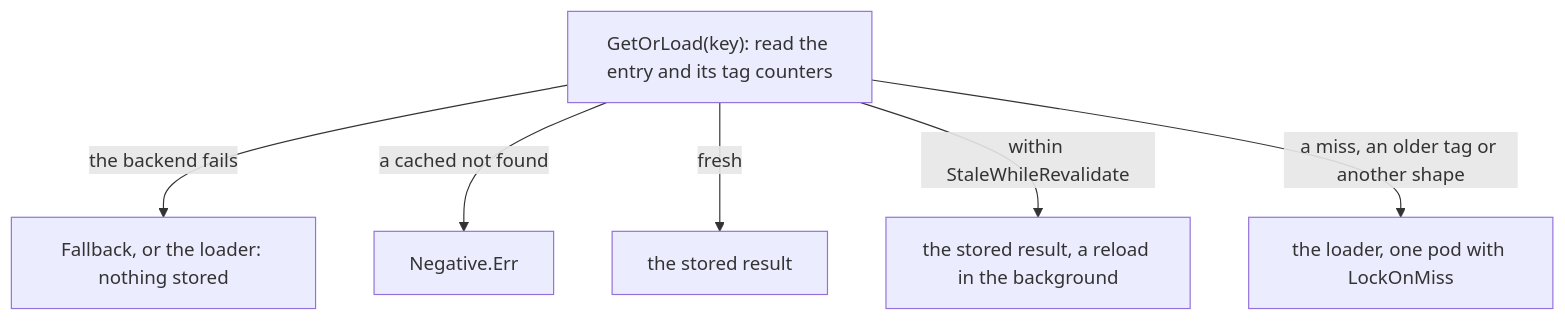
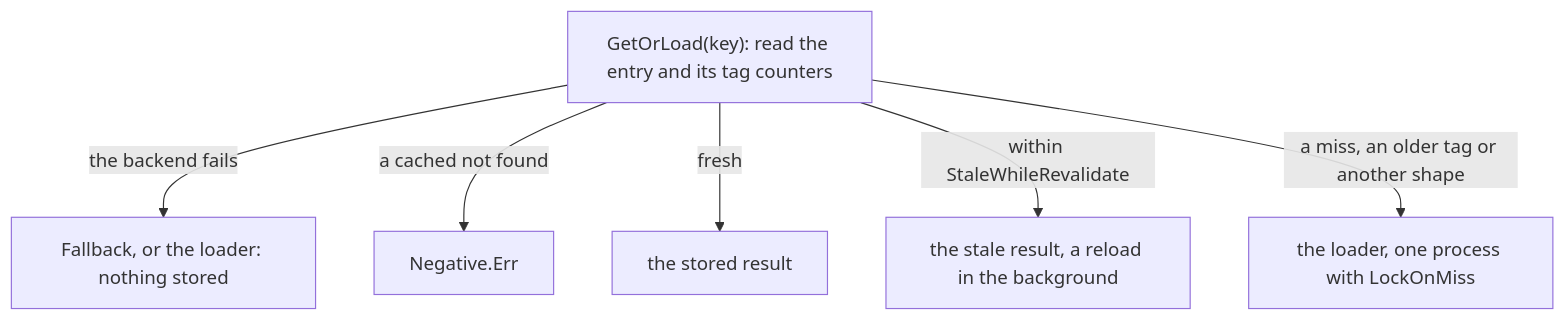
One commit to eugeneliukindev/gashe changed the diagram in docs/en/concepts/loading.md. Above: the diagram before and after it, drawn with Mermaid. The commit also changed other lines of this file and 119 other files, not shown here.

````diff
--- a/docs/en/concepts/loading.md
+++ b/docs/en/concepts/loading.md
@@ -47,9 +38,9 @@
 ```mermaid
 flowchart TD
     G["GetOrLoad(key): read the entry and its tag counters"]
     G -- "the backend fails" --> F["Fallback, or the loader: nothing stored"]
     G -- "a cached not found" --> N[Negative.Err]
     G -- "fresh" --> H["the stored result"]
-    G -- "within StaleWhileRevalidate" --> S["the stored result, a reload in the background"]
-    G -- "a miss, an older tag or another shape" --> L["the loader, one pod with LockOnMiss"]
+    G -- "within StaleWhileRevalidate" --> S["the stale result, a reload in the background"]
+    G -- "a miss, an older tag or another shape" --> L["the loader, one process with LockOnMiss"]
 ```
````
